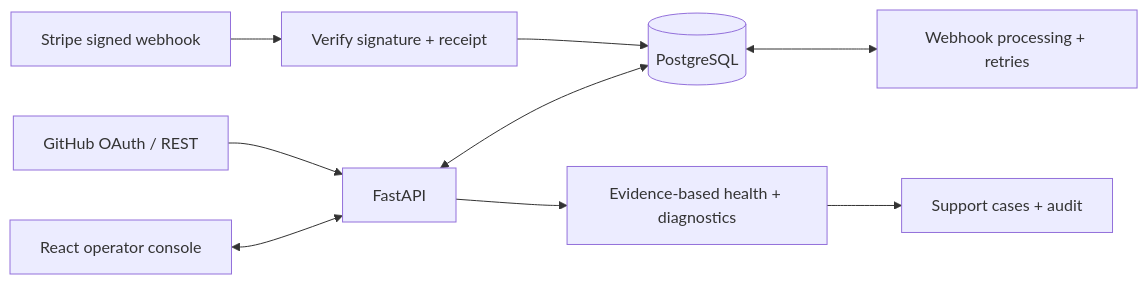
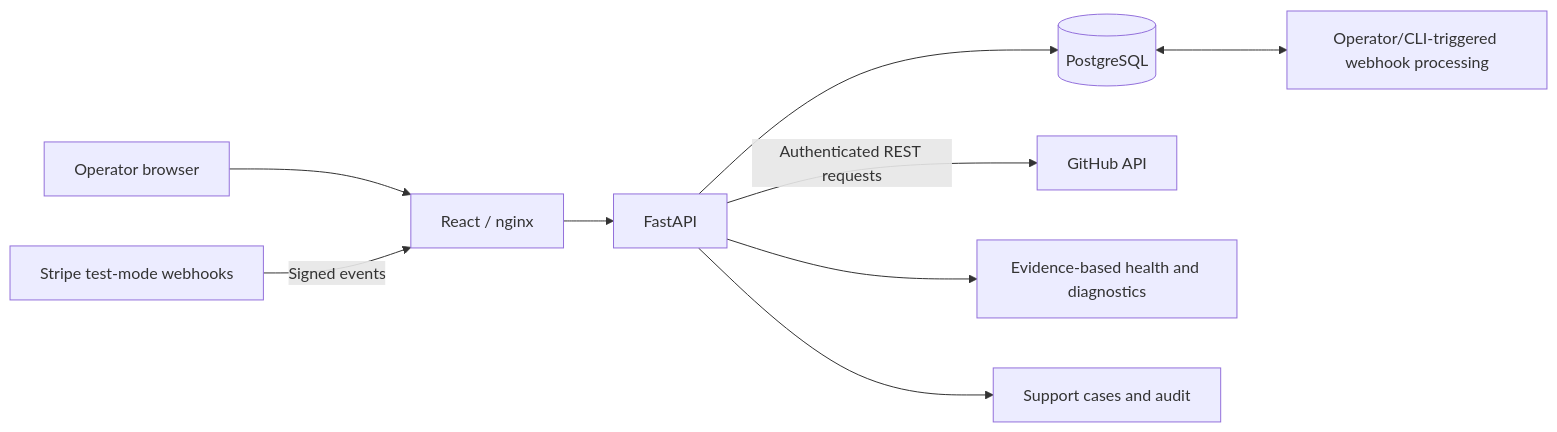
Before and after one commit to ManpreetS2/IntegrationLab: the diagram in README.md, drawn with Mermaid. The commit also changed other lines of this file, not shown here.

````diff
--- a/README.md
+++ b/README.md
@@ -49,11 +113,11 @@
 ```mermaid
 flowchart LR
-    GH[GitHub OAuth / REST] --> API[FastAPI]
-    ST[Stripe signed webhook] --> RX[Verify signature + receipt]
-    RX --> DB[(PostgreSQL)]
-    API <--> DB
-    DB <--> PROC[Webhook processing + retries]
-    API --> HEALTH[Evidence-based health + diagnostics]
-    HEALTH --> CASES[Support cases + audit]
-    UI[React operator console] <--> API
+    User[Operator browser] --> Edge[React / nginx]
+    Edge --> API[FastAPI]
+    API --> DB[(PostgreSQL)]
+    API -->|Authenticated REST requests| GH[GitHub API]
+    Stripe[Stripe test-mode webhooks] -->|Signed events| Edge
+    DB <--> Processor[Operator/CLI-triggered webhook processing]
+    API --> Diagnosis[Evidence-based health and diagnostics]
+    API --> Cases[Support cases and audit]
 ```
````
